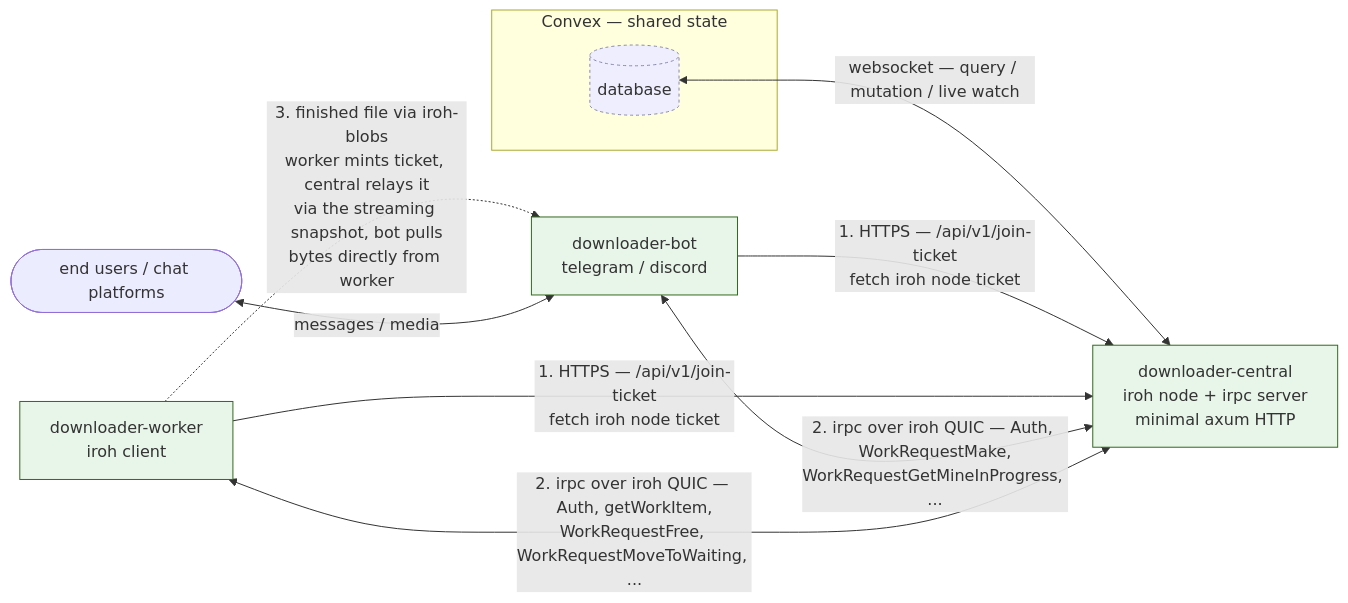
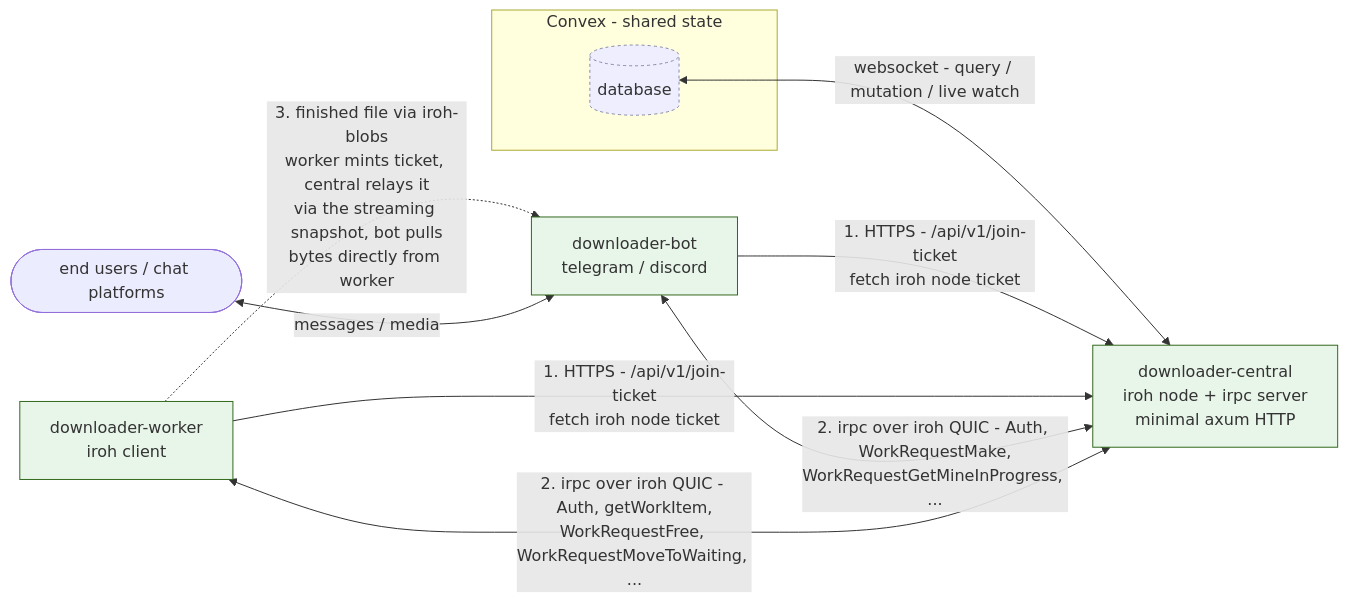
The diagram in README.md (allypost-org/downloader-hub), drawn with Mermaid before and after one commit. The commit also changed other lines of this file and 191 other files, not shown here.

Commit message:
Fix config architecture and remove unicode text

````diff
--- a/README.md
+++ b/README.md
@@ -21,28 +21,28 @@
 ```mermaid
 flowchart LR
-    subgraph db[Convex — shared state]
+    subgraph db[Convex - shared state]
         D[(database)]
     end
 
     C[downloader-central<br/>iroh node + irpc server<br/>minimal axum HTTP]
     W[downloader-worker<br/>iroh client]
     B[downloader-bot<br/>telegram / discord]
     U([end users / chat platforms])
 
-    D <-->|websocket — query / mutation / live watch| C
+    D <-->|websocket - query / mutation / live watch| C
 
-    B -->|1. HTTPS — /api/v1/join-ticket<br/>fetch iroh node ticket| C
-    W -->|1. HTTPS — /api/v1/join-ticket<br/>fetch iroh node ticket| C
+    B -->|1. HTTPS - /api/v1/join-ticket<br/>fetch iroh node ticket| C
+    W -->|1. HTTPS - /api/v1/join-ticket<br/>fetch iroh node ticket| C
 
-    B <-->|2. irpc over iroh QUIC — Auth, WorkRequestMake,<br/>WorkRequestGetMineInProgress, ...| C
-    W <-->|2. irpc over iroh QUIC — Auth, getWorkItem,<br/>WorkRequestFree, WorkRequestMoveToWaiting, ...| C
+    B <-->|2. irpc over iroh QUIC - Auth, WorkRequestMake,<br/>WorkRequestGetMineInProgress, ...| C
+    W <-->|2. irpc over iroh QUIC - Auth, getWorkItem,<br/>WorkRequestFree, WorkRequestMoveToWaiting, ...| C
 
     W -.->|3. finished file via iroh-blobs<br/>worker mints ticket, central relays it<br/>via the streaming snapshot, bot pulls<br/>bytes directly from worker| B
 
     U <-->|messages / media| B
 
     classDef store fill:#eef,stroke:#88a,stroke-dasharray:3 3
     classDef bin fill:#e8f5e9,stroke:#33691e
     class D store
     class C,W,B bin
 ```
````
